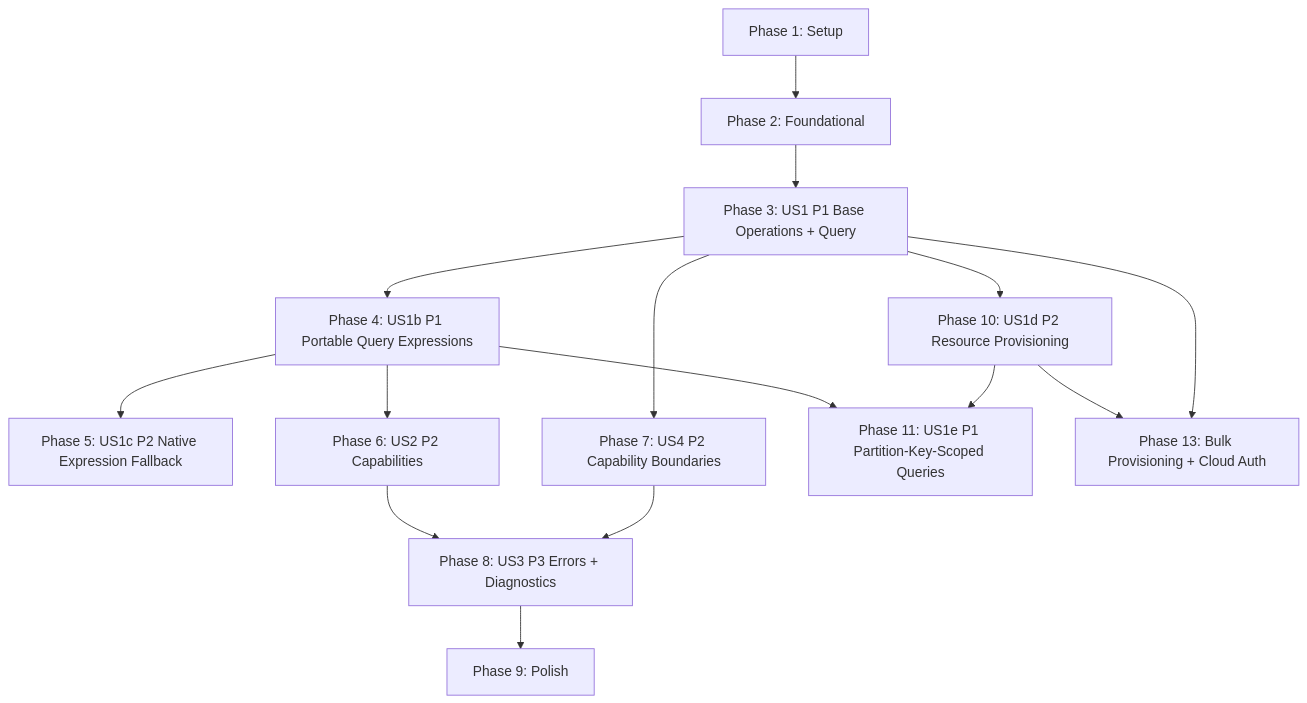
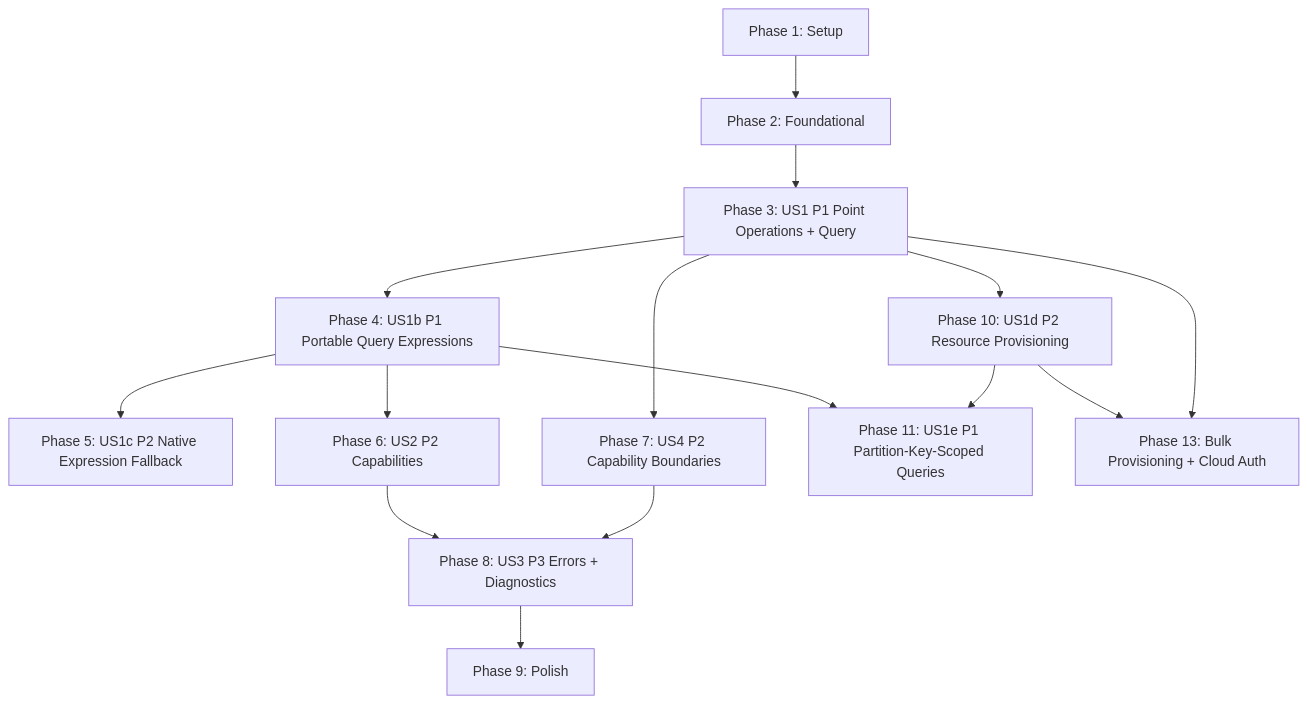
The diagram in specs/001-clouddb-sdk/tasks.md (allenkim0129/multiclouddb-sdk-for-java), drawn with Mermaid before and after one commit. The commit also changed other lines of this file and 41 other files, not shown here.

````diff
--- a/specs/001-clouddb-sdk/tasks.md
+++ b/specs/001-clouddb-sdk/tasks.md
@@ -347,17 +347,17 @@
 ```mermaid
 graph TD
     S1[Phase 1: Setup] --> F2[Phase 2: Foundational]
-    F2 --> US1[Phase 3: US1 P1 Base Operations + Query]
+    F2 --> US1[Phase 3: US1 P1 Point Operations + Query]
     US1 --> US1b[Phase 4: US1b P1 Portable Query Expressions]
     US1b --> US1c[Phase 5: US1c P2 Native Expression Fallback]
     US1b --> US2[Phase 6: US2 P2 Capabilities]
     US1 --> US4[Phase 7: US4 P2 Capability Boundaries]
     US2 --> US3[Phase 8: US3 P3 Errors + Diagnostics]
     US4 --> US3
     US3 --> P9[Phase 9: Polish]
     US1 --> US1d[Phase 10: US1d P2 Resource Provisioning]
     US1b --> US1e[Phase 11: US1e P1 Partition-Key-Scoped Queries]
     US1d --> US1e
     US1d --> P13[Phase 13: Bulk Provisioning + Cloud Auth]
     US1 --> P13
 ```
````
